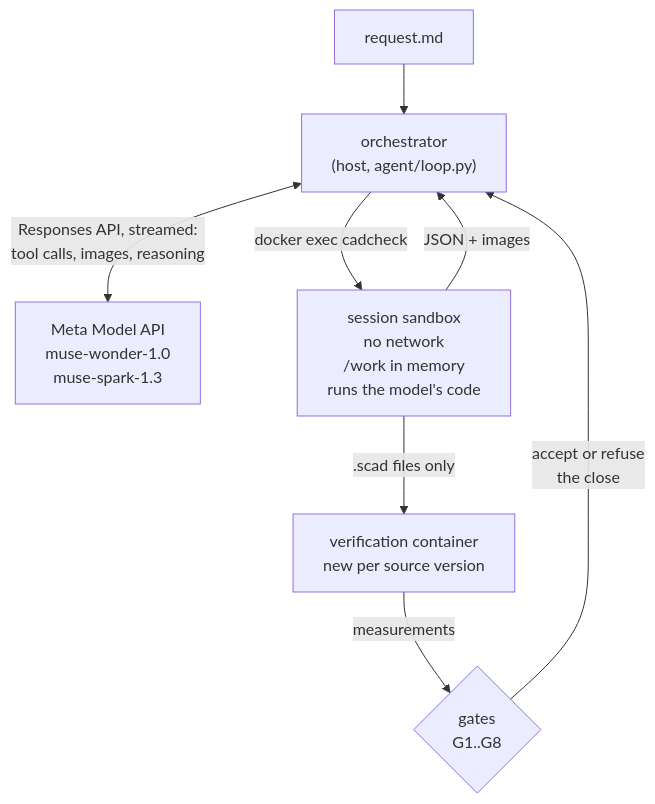
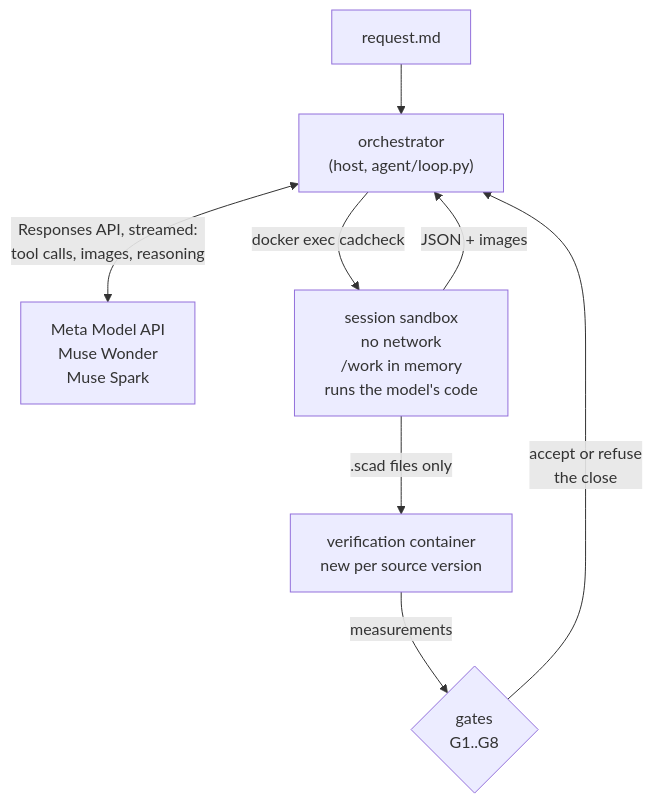
The diagram in docs/architecture.md (Juanpighelfi/cadverify-ai), drawn with Mermaid before and after one commit. The commit also changed other lines of this file and 16 other files, not shown here.

````diff
--- a/docs/architecture.md
+++ b/docs/architecture.md
@@ -9,10 +9,10 @@
 ```mermaid
 flowchart TD
     request["request.md"] --> loop["orchestrator<br/>(host, agent/loop.py)"]
-    loop <-->|"Responses API, streamed:<br/>tool calls, images, reasoning"| api["Meta Model API<br/>muse-wonder-1.0<br/>muse-spark-1.3"]
+    loop <-->|"Responses API, streamed:<br/>tool calls, images, reasoning"| api["Meta Model API<br/>Muse Wonder<br/>Muse Spark"]
     loop -->|"docker exec cadcheck"| session["session sandbox<br/>no network<br/>/work in memory<br/>runs the model's code"]
     session -->|"JSON + images"| loop
     session -->|".scad files only"| verify["verification container<br/>new per source version"]
     verify -->|"measurements"| gates{"gates<br/>G1..G8"}
     gates -->|"accept or refuse<br/>the close"| loop
 ```
````
